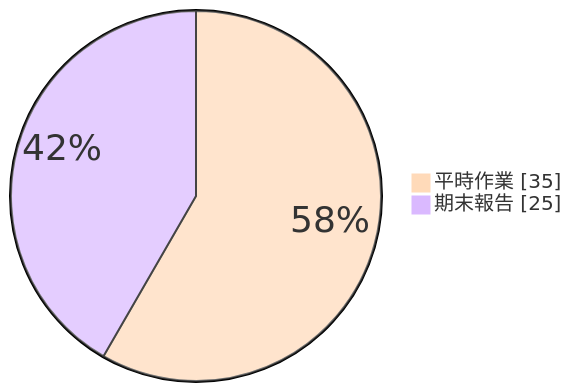
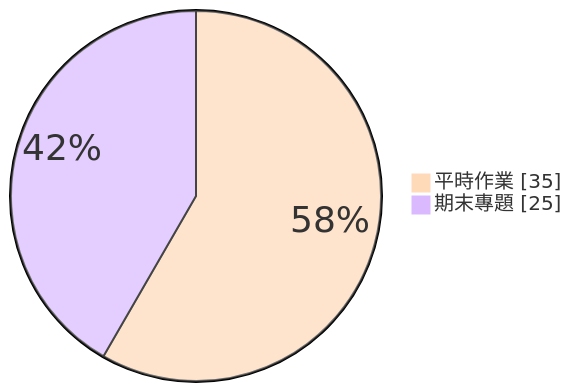
One commit to CXPhoenix/cs-first-class changed the seventh of 9 diagrams in pages/course-select.md. Above: the diagram before and after it, drawn with Mermaid. The commit also changed other lines of this file, not shown here.

````diff
--- a/pages/course-select.md
+++ b/pages/course-select.md
@@ -196,6 +198,6 @@
 ```mermaid
 %%{init: {'theme': 'base', 'themeVariables': { 'primaryColor': '#ffdab9', 'pieStrokeColor': '#333333', 'pieLegendTextColor': '#333333', 'pieLegendTextSize': '20px', 'pieSectionTextSize': '36px' }}}%%
 pie showData
     "平時作業" : 35
-    "期末報告" : 25
+    "期末專題" : 25
 ```
````
